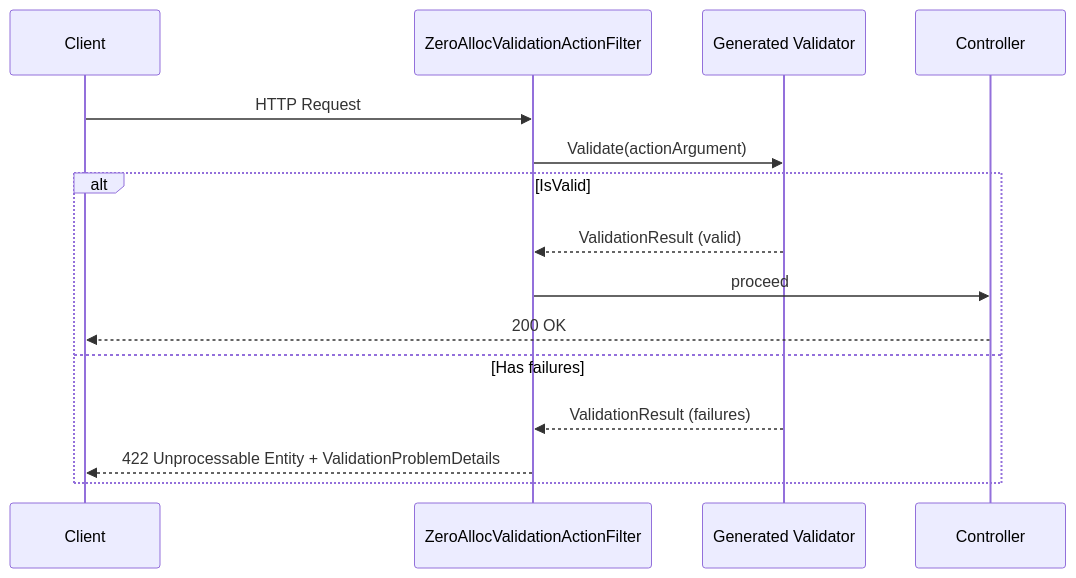
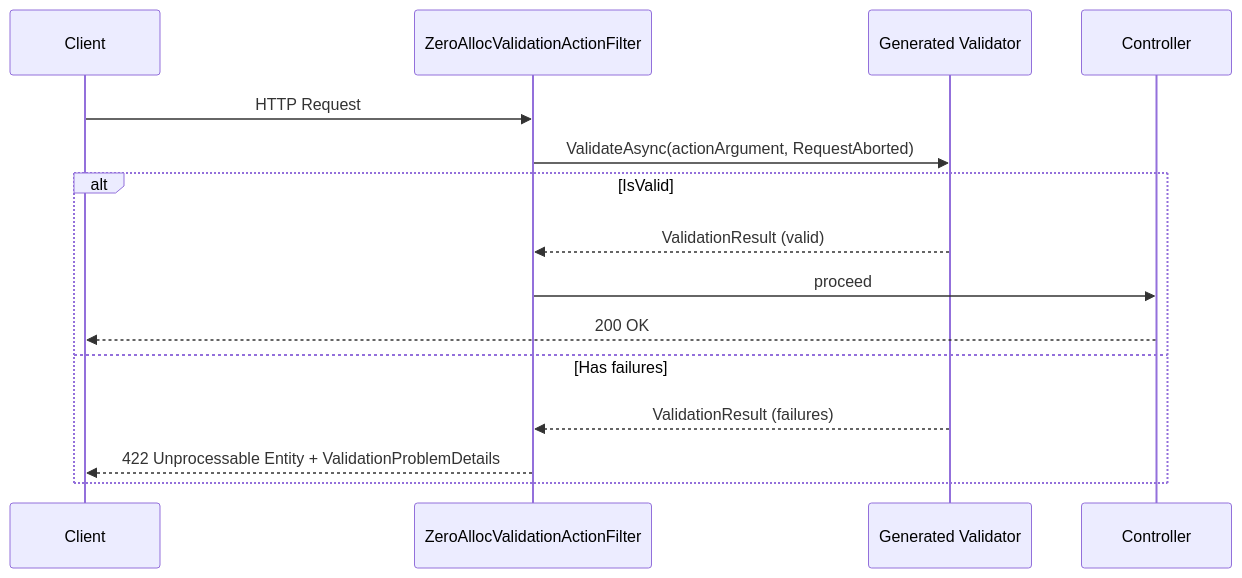
Before and after one commit to ZeroAlloc-Net/ZeroAlloc.Validation: the diagram in docs/aspnetcore.md, drawn with Mermaid. The commit also changed other lines of this file and 42 other files, not shown here.

````diff
--- a/docs/aspnetcore.md
+++ b/docs/aspnetcore.md
@@ -46,18 +46,18 @@
 ```mermaid
 sequenceDiagram
     participant Client
     participant Filter as ZeroAllocValidationActionFilter
     participant Validator as Generated Validator
     participant Controller
 
     Client->>Filter: HTTP Request
-    Filter->>Validator: Validate(actionArgument)
+    Filter->>Validator: ValidateAsync(actionArgument, RequestAborted)
     alt IsValid
         Validator-->>Filter: ValidationResult (valid)
         Filter->>Controller: proceed
         Controller-->>Client: 200 OK
     else Has failures
         Validator-->>Filter: ValidationResult (failures)
         Filter-->>Client: 422 Unprocessable Entity + ValidationProblemDetails
     end
 ```
````
